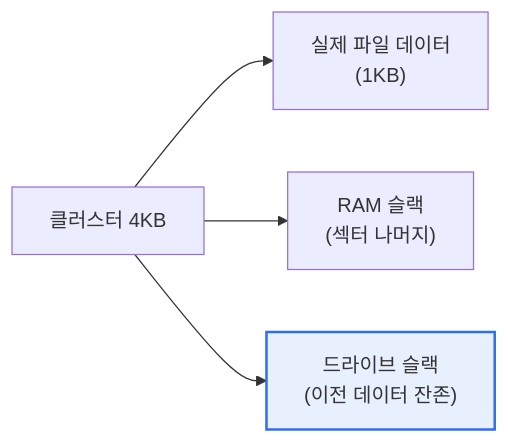
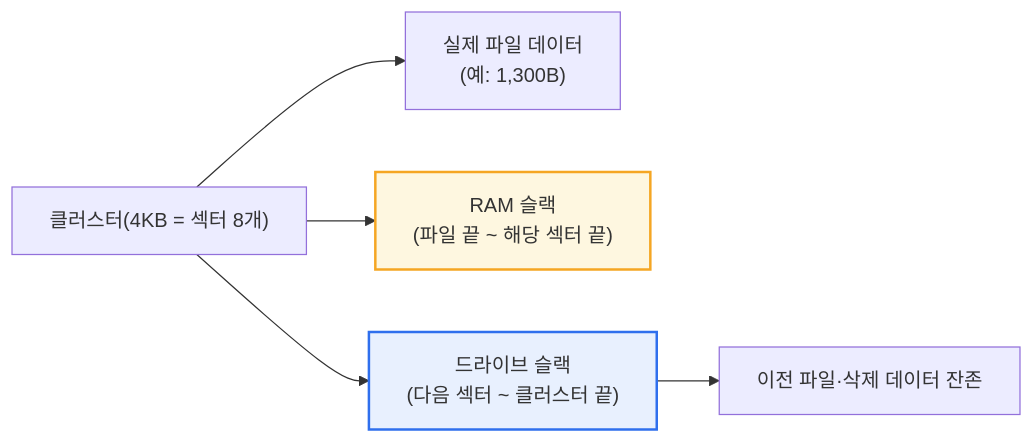
One commit to coninggu/wjdqhrhksflrltnftk changed the first of 2 diagrams in content/file-slack.md. Above: the diagram before and after it, drawn with Mermaid. The commit also changed other lines of this file and 3 other files, not shown here.

````diff
--- a/content/file-slack.md
+++ b/content/file-slack.md
@@ -15,7 +21,9 @@
 ```mermaid
 flowchart LR
-  C["클러스터 4KB"] --> D["실제 파일 데이터<br/>(1KB)"]
-  C --> RS["RAM 슬랙<br/>(섹터 나머지)"]
-  C --> DS["드라이브 슬랙<br/>(이전 데이터 잔존)"]
+  C["클러스터(4KB = 섹터 8개)"] --> D["실제 파일 데이터<br/>(예: 1,300B)"]
+  C --> RS["RAM 슬랙<br/>(파일 끝 ~ 해당 섹터 끝)"]
+  C --> DS["드라이브 슬랙<br/>(다음 섹터 ~ 클러스터 끝)"]
+  DS --> P["이전 파일·삭제 데이터 잔존"]
+  style RS fill:#fef7e0,stroke:#f5a623,stroke-width:2px
   style DS fill:#e8f0fe,stroke:#2f6fed,stroke-width:2px
 ```
````
